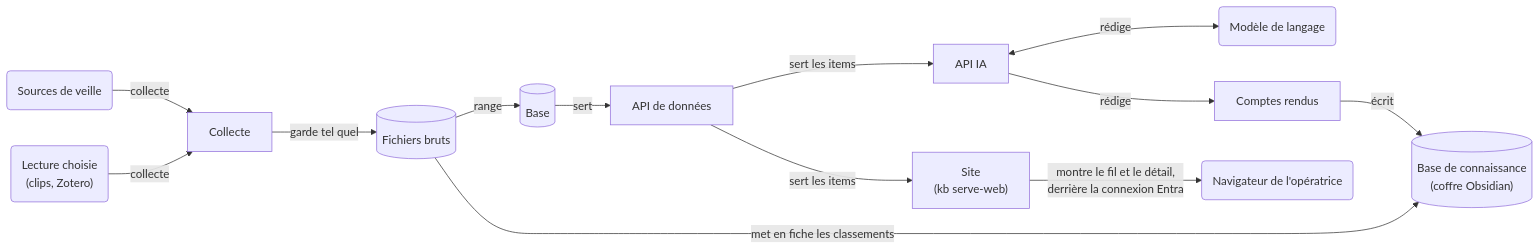
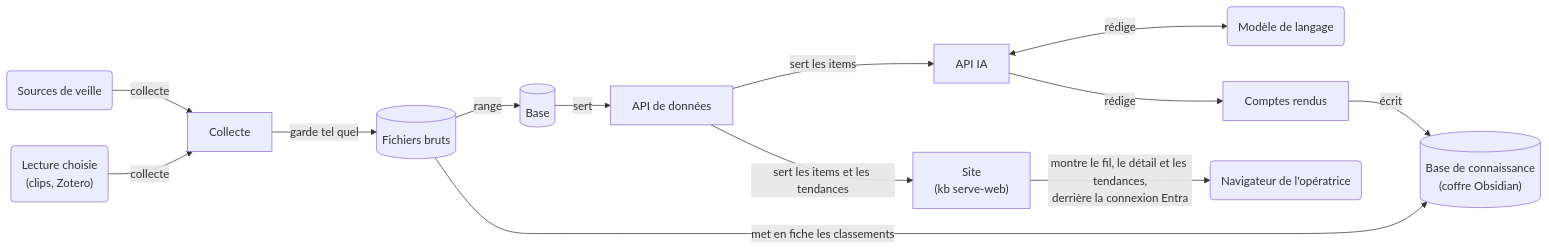
Before and after one commit to SabineLaurent/K-B: the first of 4 diagrams in documentation/architecture_pour_docu.md, drawn with Mermaid. The commit also changed other lines of this file and 2 other files, not shown here.

Commit message:
docs: describe the trends of the site, their reader in the register and in the architecture sheet (issue 596)

````diff
--- a/documentation/architecture_pour_docu.md
+++ b/documentation/architecture_pour_docu.md
@@ -28,27 +29,27 @@
 ```mermaid
 flowchart LR
     sources("Sources de veille")
     choice("Lecture choisie<br>(clips, Zotero)")
     collect["Collecte"]
     raw[("Fichiers bruts")]
     base[("Base")]
     dataApi["API de données"]
     aiApi["API IA"]
     model("Modèle de langage")
     reports["Comptes rendus"]
     vault[("Base de connaissance<br>(coffre Obsidian)")]
     web["Site<br>(kb serve-web)"]
     browser("Navigateur de l'opératrice")
     sources -->|"collecte"| collect
     choice -->|"collecte"| collect
     collect -->|"garde tel quel"| raw
     raw -->|"range"| base
     raw -->|"met en fiche les classements"| vault
     base -->|"sert"| dataApi
     dataApi -->|"sert les items"| aiApi
     aiApi <-->|"rédige"| model
     aiApi -->|"rédige"| reports
     reports -->|"écrit"| vault
-    dataApi -->|"sert les items"| web
-    web -->|"montre le fil et le détail,<br>derrière la connexion Entra"| browser
+    dataApi -->|"sert les items et les tendances"| web
+    web -->|"montre le fil, le détail et les tendances,<br>derrière la connexion Entra"| browser
 ```
````
